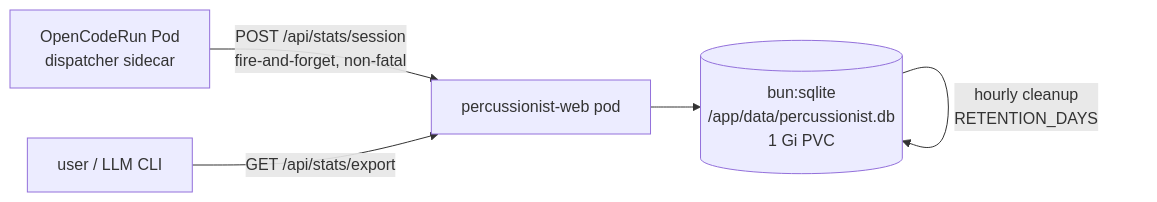
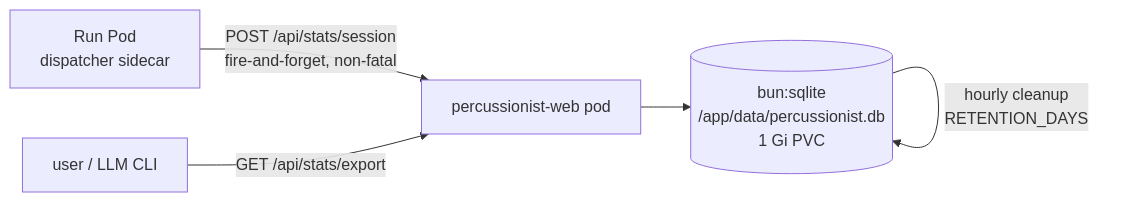
The sixth of 6 diagrams in README.md (erkkaha/percussionist), drawn with Mermaid before and after one commit. The commit also changed other lines of this file and 21 other files, not shown here.

First line of the commit message:
refactor: finish rename of OpenCodeRun/Project/Task across all files

````diff
--- a/README.md
+++ b/README.md
@@ -409,9 +409,9 @@
 ```mermaid
 flowchart LR
-    POD[OpenCodeRun Pod\ndispatcher sidecar]
+    POD[Run Pod\ndispatcher sidecar]
     POD -->|POST /api/stats/session\nfire-and-forget, non-fatal| WEB[percussionist-web pod]
     WEB --> DB[(bun:sqlite\n/app/data/percussionist.db\n1 Gi PVC)]
     DB -->|hourly cleanup\nRETENTION_DAYS| DB
     USER[user / LLM CLI]
     USER -->|GET /api/stats/export| WEB
 ```
````
